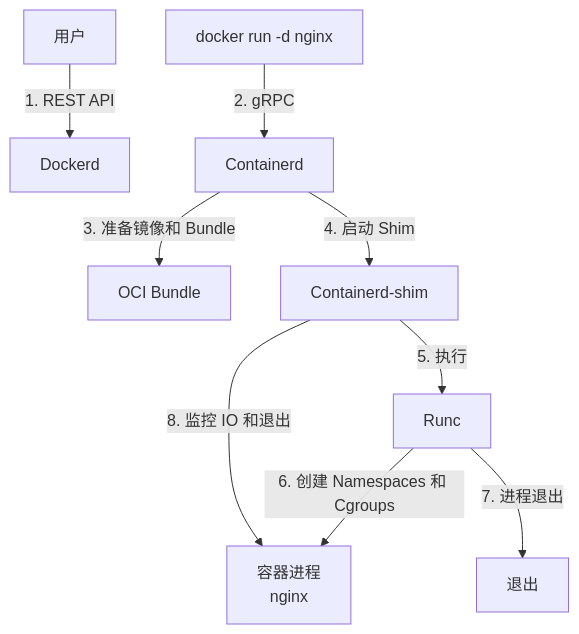
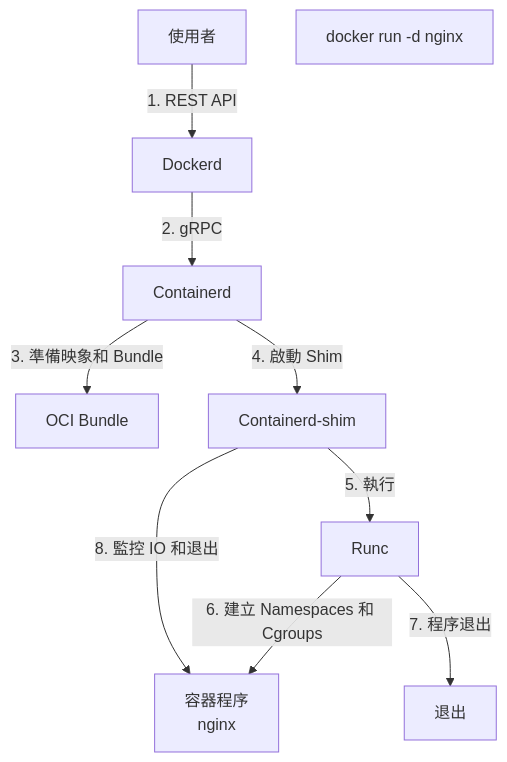
One commit to doggy8088/docker_practice changed the second of 3 diagrams in 12_implementation/12.1_arch.md. Above: the diagram before and after it, drawn with Mermaid. The commit also changed other lines of this file and 211 other files, not shown here.

````diff
--- a/12_implementation/12.1_arch.md
+++ b/12_implementation/12.1_arch.md
@@ -65,21 +65,21 @@
 ```mermaid
 flowchart TD
-  U["用户"]
+  U["使用者"]
   K["docker run -d nginx"]
   D["Dockerd"]
   C["Containerd"]
   B["OCI Bundle"]
   S["Containerd-shim"]
   R["Runc"]
-  P["容器进程<br/>nginx"]
+  P["容器程序<br/>nginx"]
   E["退出"]
 
   U -->|1. REST API| D
-  K -->|2. gRPC| C
-  C -->|3. 准备镜像和 Bundle| B
-  C -->|4. 启动 Shim| S
-  S -->|5. 执行| R
-  R -->|6. 创建 Namespaces 和 Cgroups| P
-  R -->|7. 进程退出| E
-  S -->|8. 监控 IO 和退出| P
+  D -->|2. gRPC| C
+  C -->|3. 準備映象和 Bundle| B
+  C -->|4. 啟動 Shim| S
+  S -->|5. 執行| R
+  R -->|6. 建立 Namespaces 和 Cgroups| P
+  R -->|7. 程序退出| E
+  S -->|8. 監控 IO 和退出| P
 ```
````
